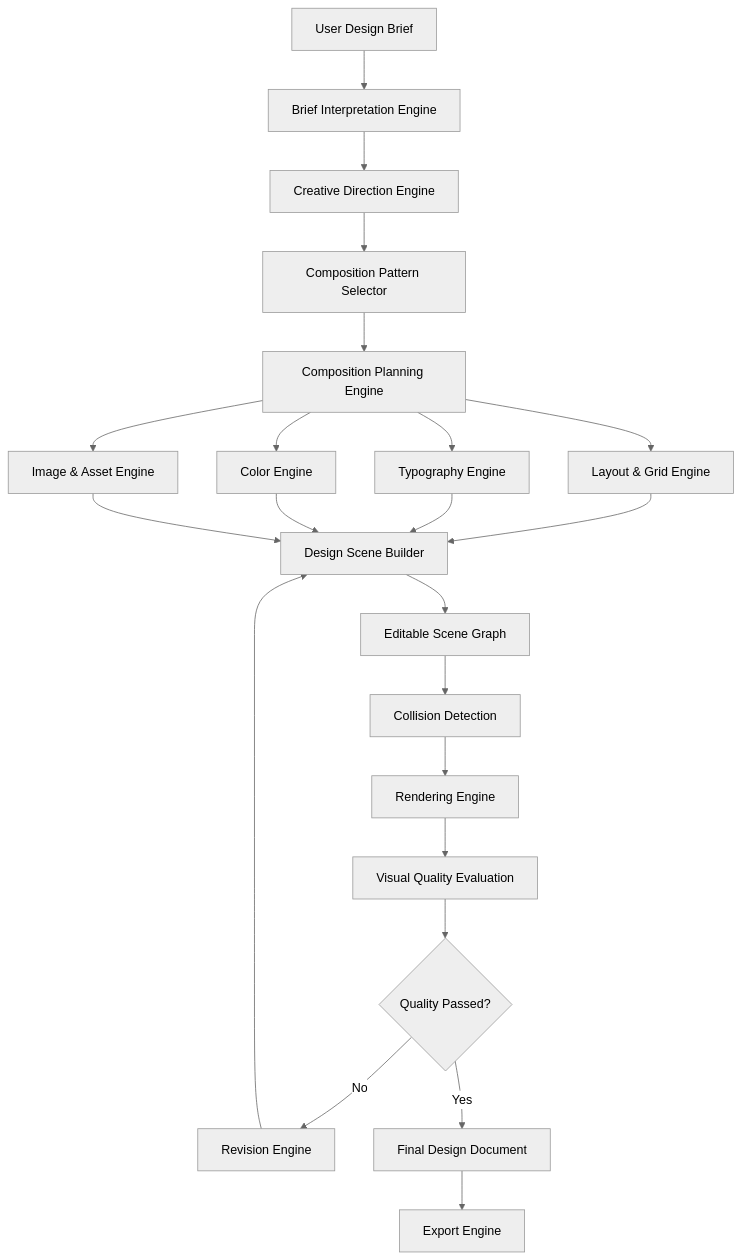
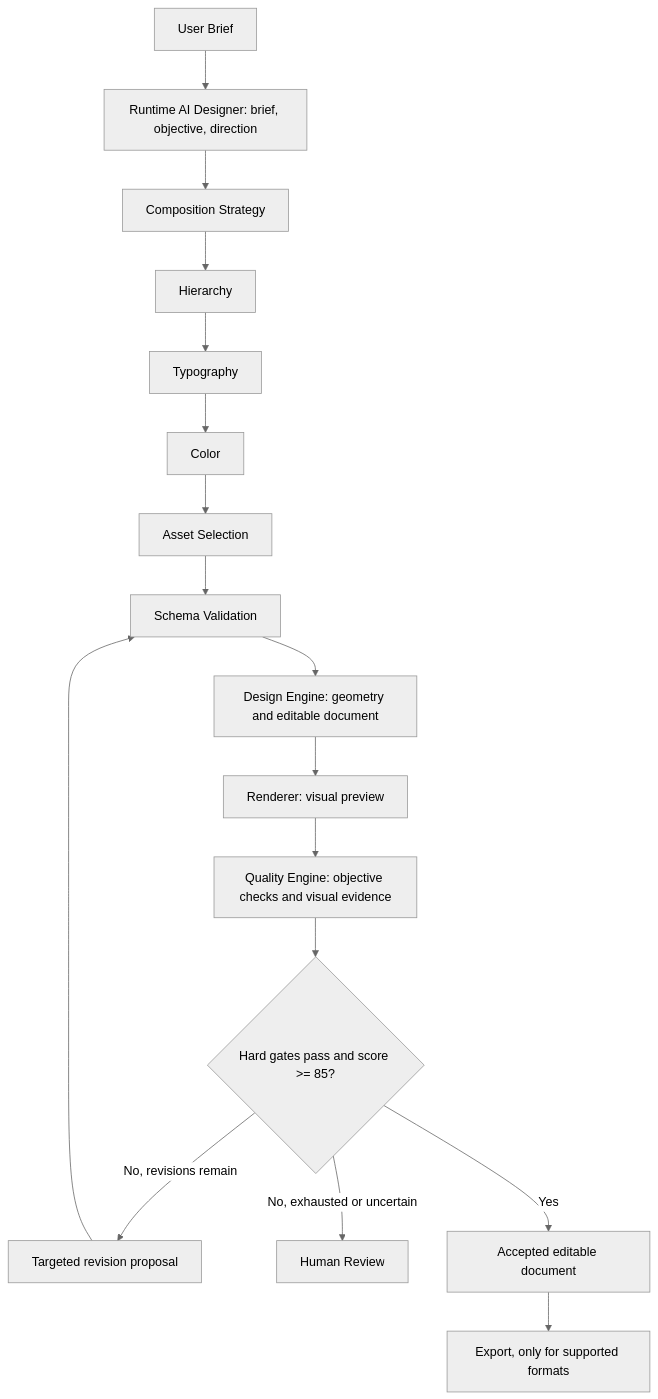
The first of 2 diagrams in DESIGN_ENGINE_SPEC.md (totanimulislam-design/videocreation), drawn with Mermaid (neutral theme) before and after one commit. The commit also changed other lines of this file and 5 other files, not shown here.

````diff
--- a/DESIGN_ENGINE_SPEC.md
+++ b/DESIGN_ENGINE_SPEC.md
@@ -66,24 +100,19 @@
 ```mermaid
 flowchart TD
-    A[User Design Brief] --> B[Brief Interpretation Engine]
-    B --> C[Creative Direction Engine]
-    C --> D[Composition Pattern Selector]
-    D --> E[Composition Planning Engine]
-    E --> F[Layout & Grid Engine]
-    E --> G[Typography Engine]
-    E --> H[Color Engine]
-    E --> I[Image & Asset Engine]
-    F --> J[Design Scene Builder]
-    G --> J
-    H --> J
-    I --> J
-    J --> K[Editable Scene Graph]
-    K --> L[Collision Detection]
-    L --> M[Rendering Engine]
-    M --> N[Visual Quality Evaluation]
-    N --> O{Quality Passed?}
-    O -->|No| P[Revision Engine]
-    P --> J
-    O -->|Yes| Q[Final Design Document]
-    Q --> R[Export Engine]
+    A[User Brief] --> B[Runtime AI Designer: brief, objective, direction]
+    B --> C[Composition Strategy]
+    C --> D[Hierarchy]
+    D --> E[Typography]
+    E --> F[Color]
+    F --> G[Asset Selection]
+    G --> H[Schema Validation]
+    H --> I[Design Engine: geometry and editable document]
+    I --> J[Renderer: visual preview]
+    J --> K[Quality Engine: objective checks and visual evidence]
+    K --> L{Hard gates pass and score >= 85?}
+    L -->|No, revisions remain| M[Targeted revision proposal]
+    M --> H
+    L -->|No, exhausted or uncertain| N[Human Review]
+    L -->|Yes| O[Accepted editable document]
+    O --> P[Export, only for supported formats]
 ```
````
